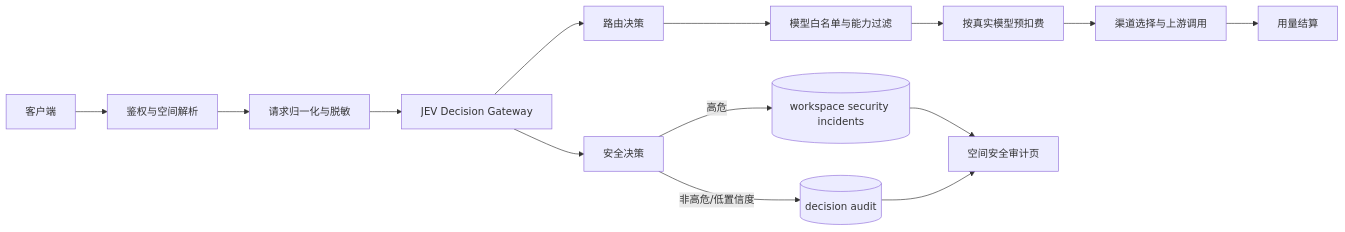
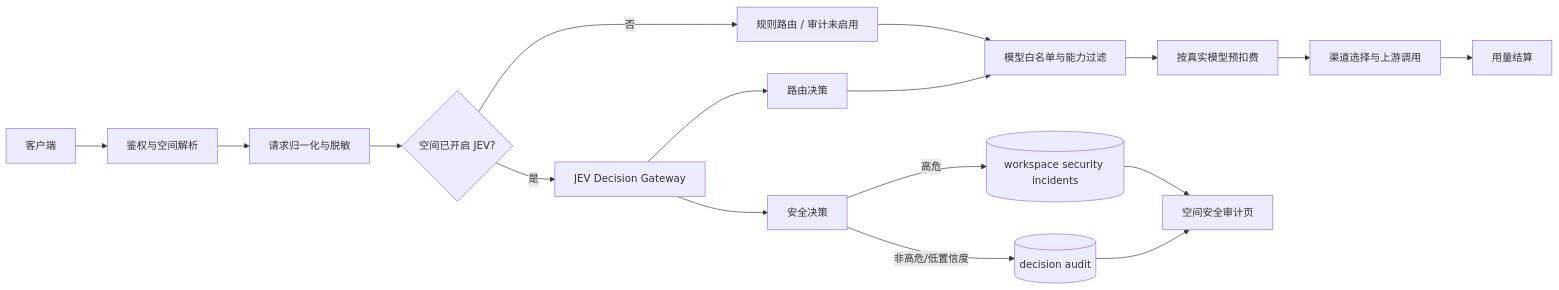
One commit to tans/capi changed the diagram in docs/architecture/JEV-ROUTING-SECURITY.md. Above: the diagram before and after it, drawn with Mermaid. The commit also changed other lines of this file, not shown here.

Commit message:
docs: scope jev by workspace capability and cost

````diff
--- a/docs/architecture/JEV-ROUTING-SECURITY.md
+++ b/docs/architecture/JEV-ROUTING-SECURITY.md
@@ -36,16 +72,19 @@
 ```mermaid
 flowchart LR
   C[客户端] --> A[鉴权与空间解析]
   A --> N[请求归一化与脱敏]
-  N --> J[JEV Decision Gateway]
+  N --> E{空间已开启 JEV?}
+  E -->|是| J[JEV Decision Gateway]
+  E -->|否| F[规则路由 / 审计未启用]
   J --> R[路由决策]
   J --> S[安全决策]
+  F --> G[模型白名单与能力过滤]
   R --> G[模型白名单与能力过滤]
   G --> B[按真实模型预扣费]
   B --> P[渠道选择与上游调用]
   P --> U[用量结算]
   S -->|高危| I[(workspace security incidents)]
   S -->|非高危/低置信度| L[(decision audit)]
   I --> V[空间安全审计页]
   L --> V
 ```
````
